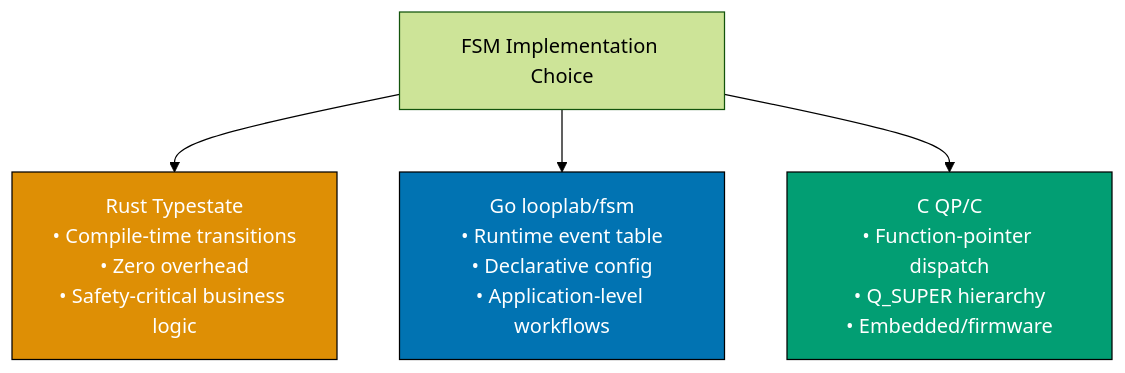
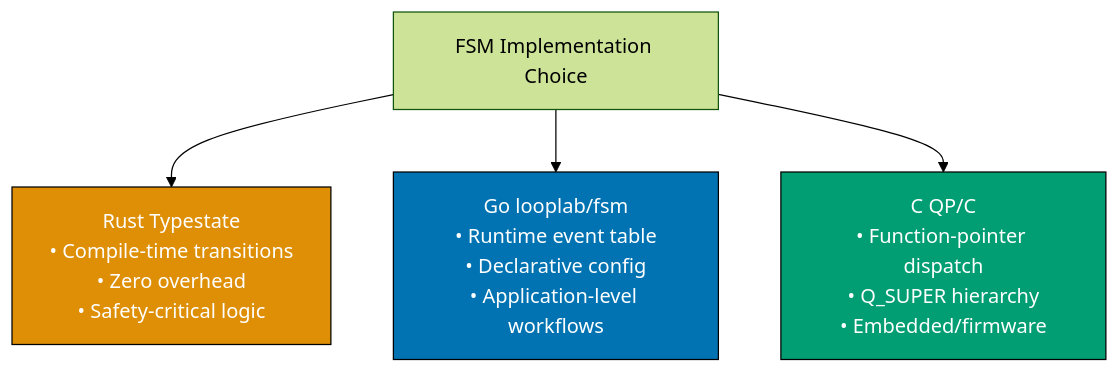
One commit to wahidyankf/baseerah changed diagram 17 of 17 in apps/ayokoding-www/content/en/learn/software-engineering/software-architecture/finite-state-machine-fsm/in-procedural-by-example/advanced.md. Above: the diagram before and after it, drawn with Mermaid (forest theme). The commit also changed other lines of this file and 88 other files, not shown here.

First line of the commit message:
fix(ayokoding-www): resolve pre-existing Mermaid violations, exclude fixtures/plans-done

````diff
--- a/apps/ayokoding-www/content/en/learn/software-engineering/software-architecture/finite-state-machine-fsm/in-procedural-by-example/advanced.md
+++ b/apps/ayokoding-www/content/en/learn/software-engineering/software-architecture/finite-state-machine-fsm/in-procedural-by-example/advanced.md
@@ -3487,14 +3484,14 @@
 ```mermaid
 graph TD
     FSM["FSM Implementation Choice"]
-    FSM --> Rust["Rust Typestate\n• Compile-time transitions\n• Zero overhead\n• Safety-critical business logic"]
+    FSM --> Rust["Rust Typestate\n• Compile-time transitions\n• Zero overhead\n• Safety-critical logic"]
     FSM --> Go["Go looplab/fsm\n• Runtime event table\n• Declarative config\n• Application-level workflows"]
     FSM --> C["C QP/C\n• Function-pointer dispatch\n• Q_SUPER hierarchy\n• Embedded/firmware"]
 
     classDef rust fill:#DE8F05,stroke:#000,color:#fff
     classDef go fill:#0173B2,stroke:#000,color:#fff
     classDef c fill:#029E73,stroke:#000,color:#fff
     class Rust rust
     class Go go
     class C c
 ```
````
